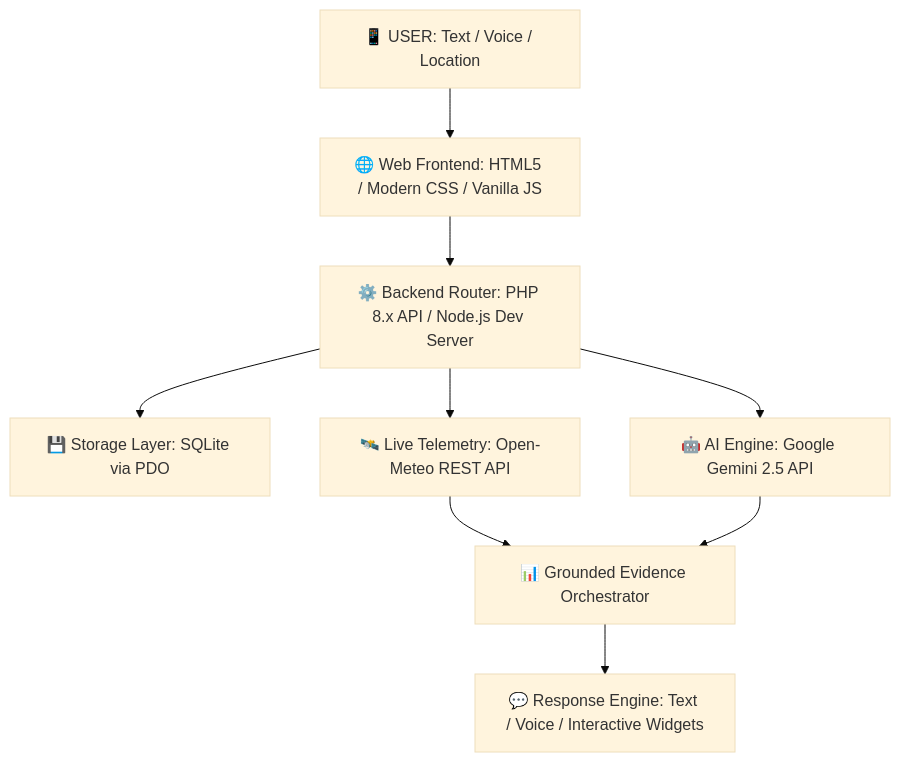
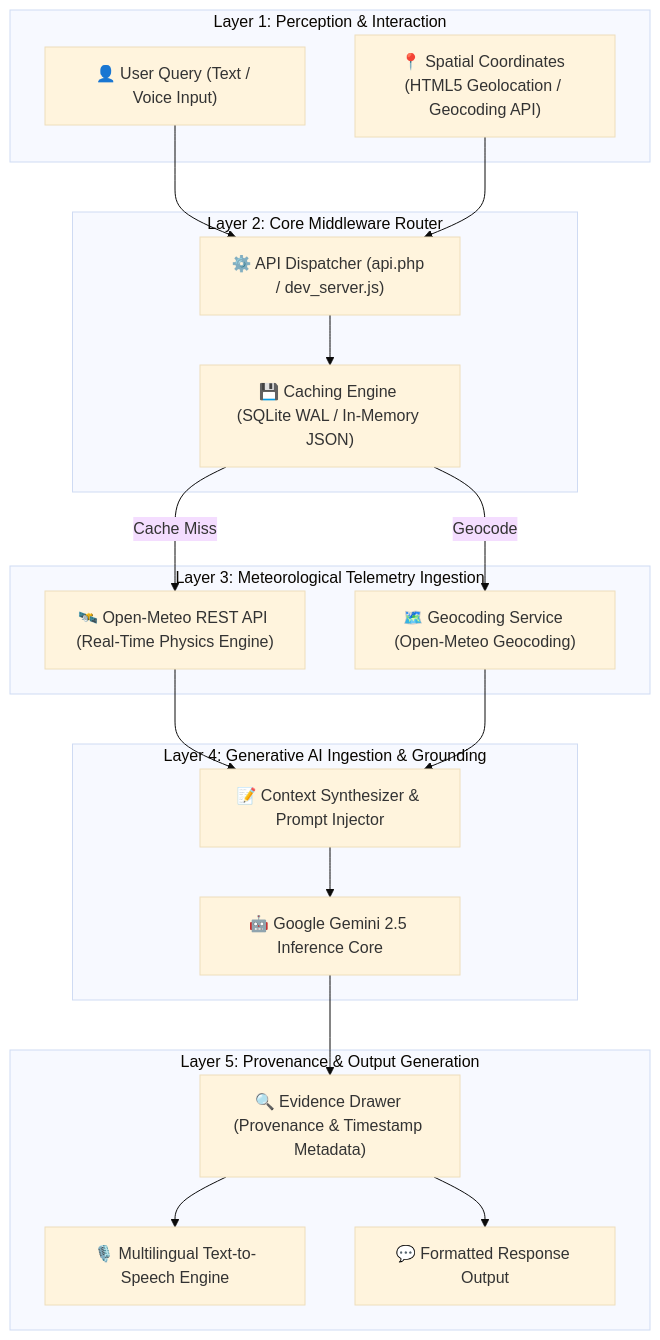
The diagram in README.md (SohamBirenKatlariwala/WeatherGPT), drawn with Mermaid (base theme) before and after one commit. The commit also changed other lines of this file, not shown here.

````diff
--- a/README.md
+++ b/README.md
@@ -56,11 +50,40 @@
 ```mermaid
 graph TD
-    A[📱 USER: Text / Voice / Location] --> B[🌐 Web Frontend: HTML5 / Modern CSS / Vanilla JS]
-    B --> C[⚙️ Backend Router: PHP 8.x API / Node.js Dev Server]
-    C --> D[💾 Storage Layer: SQLite via PDO]
-    C --> E[🛰️ Live Telemetry: Open-Meteo REST API]
-    C --> F[🤖 AI Engine: Google Gemini 2.5 API]
-    E --> G[📊 Grounded Evidence Orchestrator]
-    F --> G
-    G --> H[💬 Response Engine: Text / Voice / Interactive Widgets]
+    subgraph Layer 1: Perception & Interaction
+        U["👤 User Query (Text / Voice Input)"]
+        G["📍 Spatial Coordinates (HTML5 Geolocation / Geocoding API)"]
+    end
+
+    subgraph Layer 2: Core Middleware Router
+        R["⚙️ API Dispatcher (api.php / dev_server.js)"]
+        C["💾 Caching Engine (SQLite WAL / In-Memory JSON)"]
+    end
+
+    subgraph Layer 3: Meteorological Telemetry Ingestion
+        OM["🛰️ Open-Meteo REST API (Real-Time Physics Engine)"]
+        GEO["🗺️ Geocoding Service (Open-Meteo Geocoding)"]
+    end
+
+    subgraph Layer 4: Generative AI Ingestion & Grounding
+        GEM["🤖 Google Gemini 2.5 Inference Core"]
+        CTX["📝 Context Synthesizer & Prompt Injector"]
+    end
+
+    subgraph Layer 5: Provenance & Output Generation
+        E["🔍 Evidence Drawer (Provenance & Timestamp Metadata)"]
+        TTS["🎙️ Multilingual Text-to-Speech Engine"]
+        RESP["💬 Formatted Response Output"]
+    end
+
+    U --> R
+    G --> R
+    R --> C
+    C -- Cache Miss --> OM
+    C -- Geocode --> GEO
+    OM --> CTX
+    GEO --> CTX
+    CTX --> GEM
+    GEM --> E
+    E --> RESP
+    E --> TTS
 ```
````
